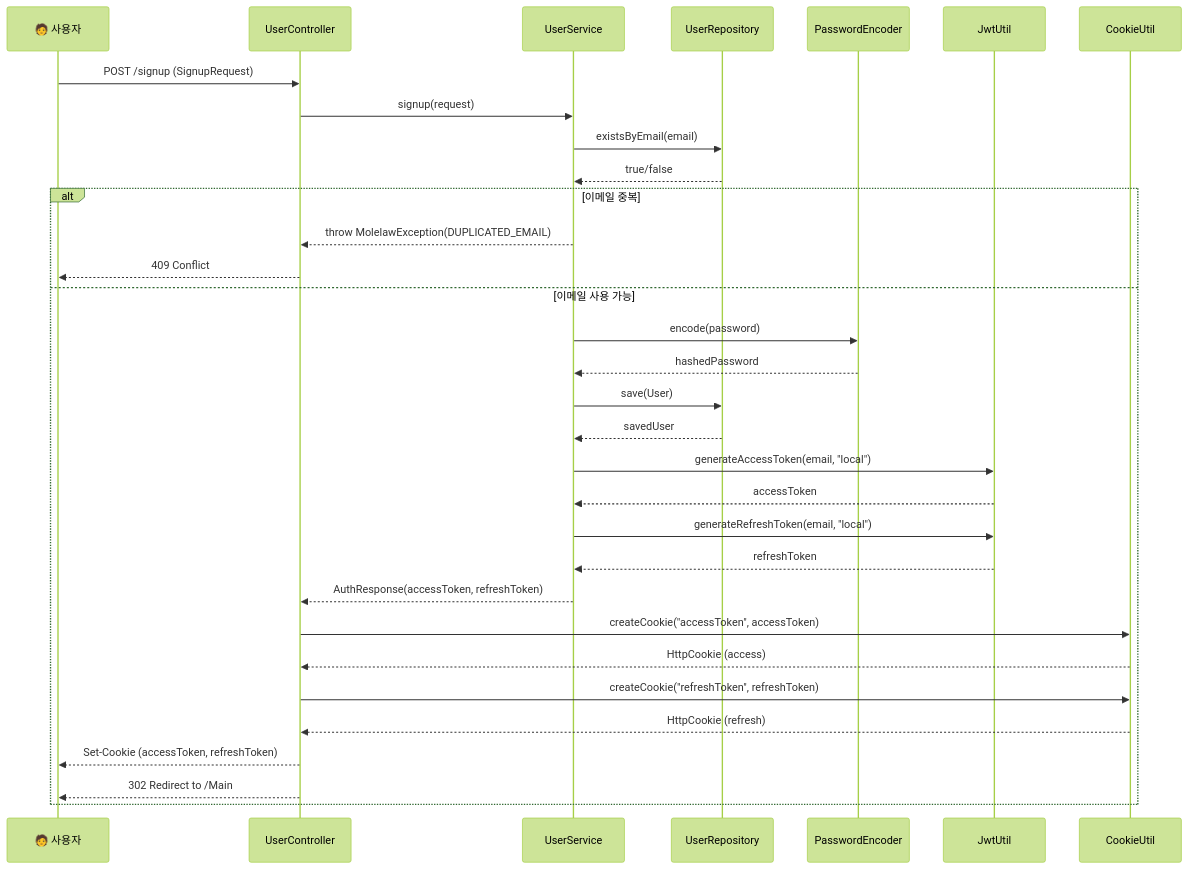
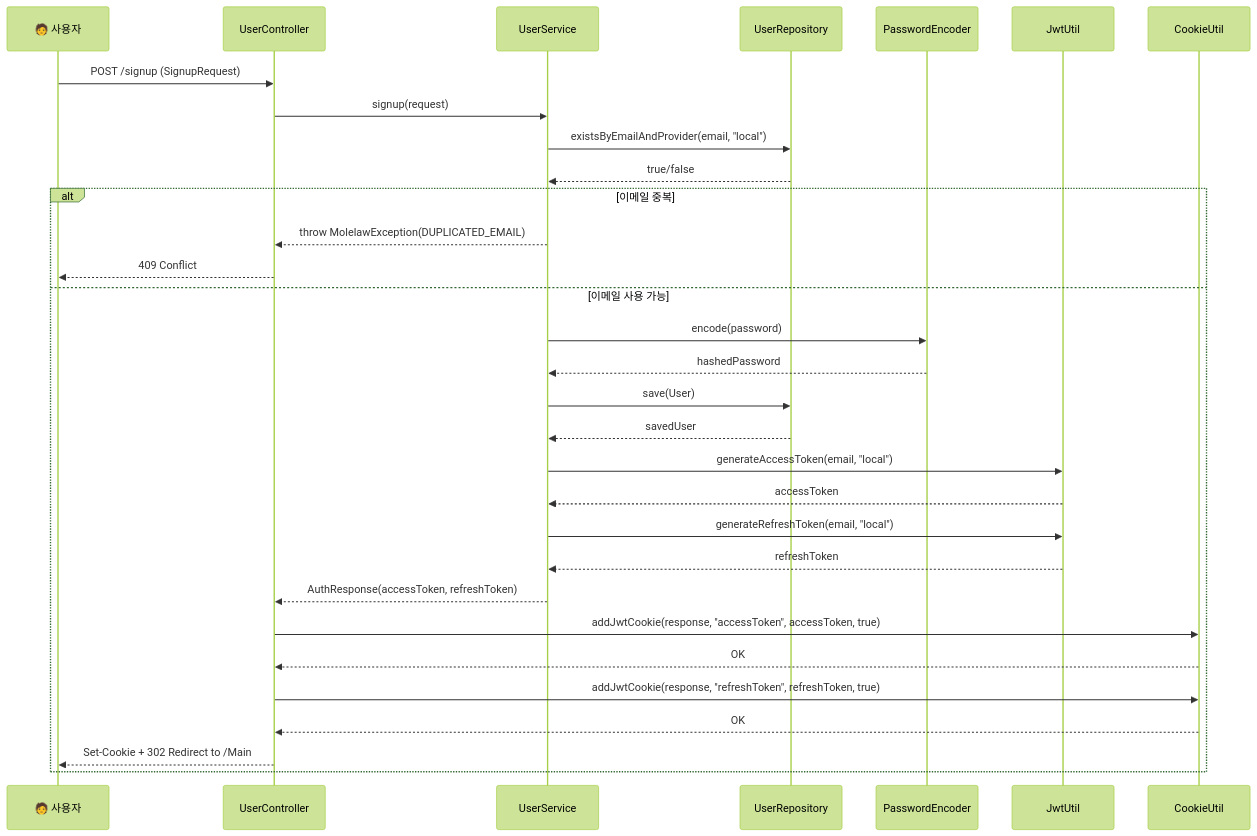
The second of 6 diagrams in README.md (ranpia/MoleLaw_backend), drawn with Mermaid (forest theme) before and after one commit. The commit also changed other lines of this file and 2 other files, not shown here.

Commit message:
fix: 로그인 에러코드 수정 - 400 유저 존재하지 않는 에러 던짐

````diff
--- a/README.md
+++ b/README.md
@@ -103,46 +104,44 @@
 ```mermaid
 sequenceDiagram
   participant User as 🧑 사용자
   participant UserController
   participant UserService
   participant UserRepository
   participant PasswordEncoder
   participant JwtUtil
   participant CookieUtil
 
   User->>UserController: POST /signup (SignupRequest)
 
   UserController->>UserService: signup(request)
 
-  UserService->>UserRepository: existsByEmail(email)
+  UserService->>UserRepository: existsByEmailAndProvider(email, "local")
   UserRepository-->>UserService: true/false
 
   alt 이메일 중복
     UserService-->>UserController: throw MolelawException(DUPLICATED_EMAIL)
     UserController-->>User: 409 Conflict
   else 이메일 사용 가능
     UserService->>PasswordEncoder: encode(password)
     PasswordEncoder-->>UserService: hashedPassword
 
     UserService->>UserRepository: save(User)
     UserRepository-->>UserService: savedUser
 
     UserService->>JwtUtil: generateAccessToken(email, "local")
     JwtUtil-->>UserService: accessToken
 
     UserService->>JwtUtil: generateRefreshToken(email, "local")
     JwtUtil-->>UserService: refreshToken
 
     UserService-->>UserController: AuthResponse(accessToken, refreshToken)
 
-    UserController->>CookieUtil: createCookie("accessToken", accessToken)
-    CookieUtil-->>UserController: HttpCookie (access)
+    UserController->>CookieUtil: addJwtCookie(response, "accessToken", accessToken, true)
+    CookieUtil-->>UserController: OK
 
-    UserController->>CookieUtil: createCookie("refreshToken", refreshToken)
-    CookieUtil-->>UserController: HttpCookie (refresh)
+    UserController->>CookieUtil: addJwtCookie(response, "refreshToken", refreshToken, true)
+    CookieUtil-->>UserController: OK
 
-    UserController-->>User: Set-Cookie (accessToken, refreshToken)
-    UserController-->>User: 302 Redirect to /Main
+    UserController-->>User: Set-Cookie + 302 Redirect to /Main
   end
-
 ```
````
